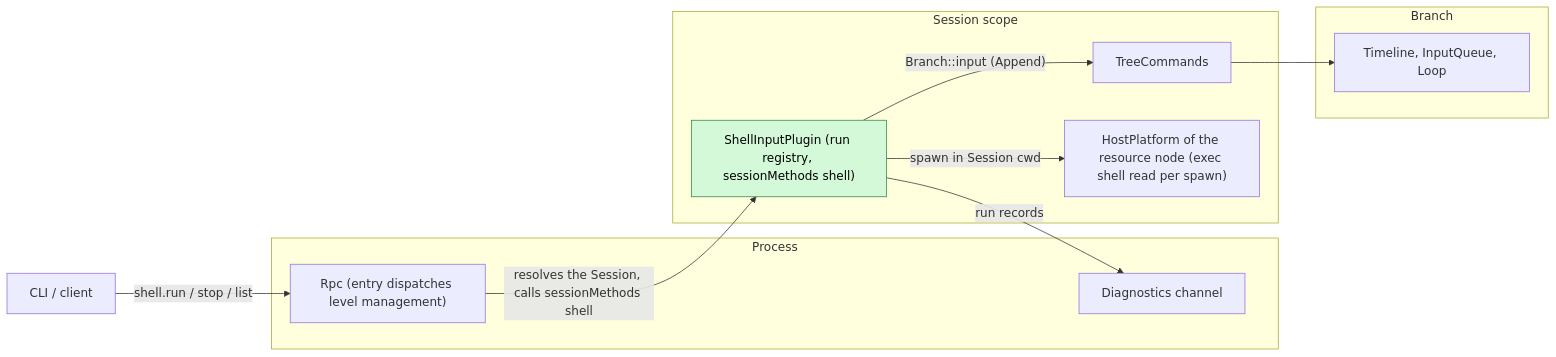
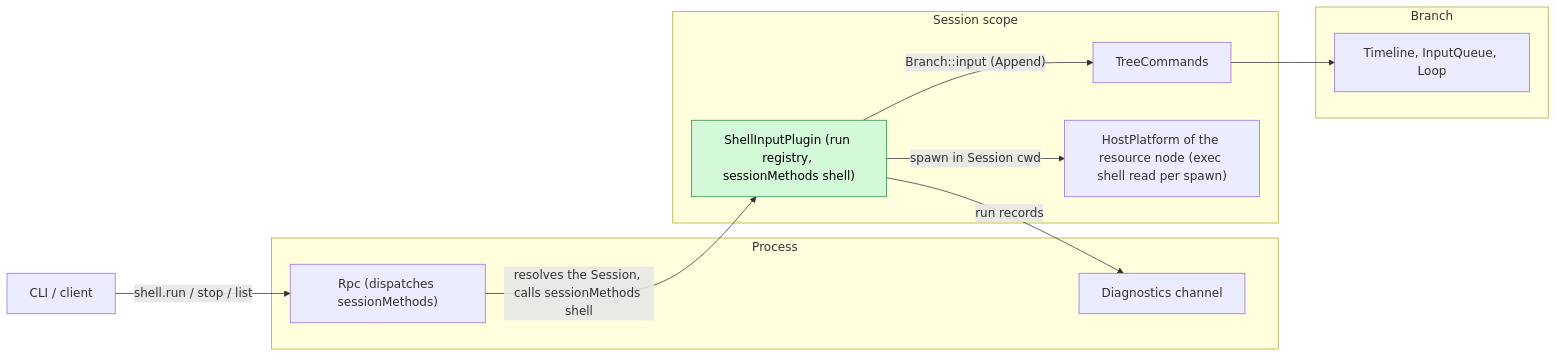
One commit to CoutinhoTTS/dim-agent changed the first of 5 diagrams in docs/design/plugins/ShellInput.md. Above: the diagram before and after it, drawn with Mermaid. The commit also changed other lines of this file and 42 other files, not shown here.

````diff
--- a/docs/design/plugins/ShellInput.md
+++ b/docs/design/plugins/ShellInput.md
@@ -9,23 +9,23 @@
 ```mermaid
 flowchart LR
   CLI["CLI / client"]
   subgraph P["Process"]
-    RPC["Rpc (entry dispatches level management)"]
+    RPC["Rpc (dispatches sessionMethods)"]
     DG["Diagnostics channel"]
   end
   subgraph S["Session scope"]
     SI["ShellInputPlugin (run registry, sessionMethods shell)"]:::new
     TC["TreeCommands"]
     HP["HostPlatform of the resource node (exec shell read per spawn)"]
   end
   subgraph B["Branch"]
     IQ["Timeline, InputQueue, Loop"]
   end
   CLI -- "shell.run / stop / list" --> RPC
   RPC -- "resolves the Session, calls sessionMethods shell" --> SI
   SI -- "spawn in Session cwd" --> HP
   SI -- "Branch::input (Append)" --> TC
   TC --> IQ
   SI -- "run records" --> DG
   classDef new fill:#d3f9d8,stroke:#2b8a3e,color:#000
 ```
````
